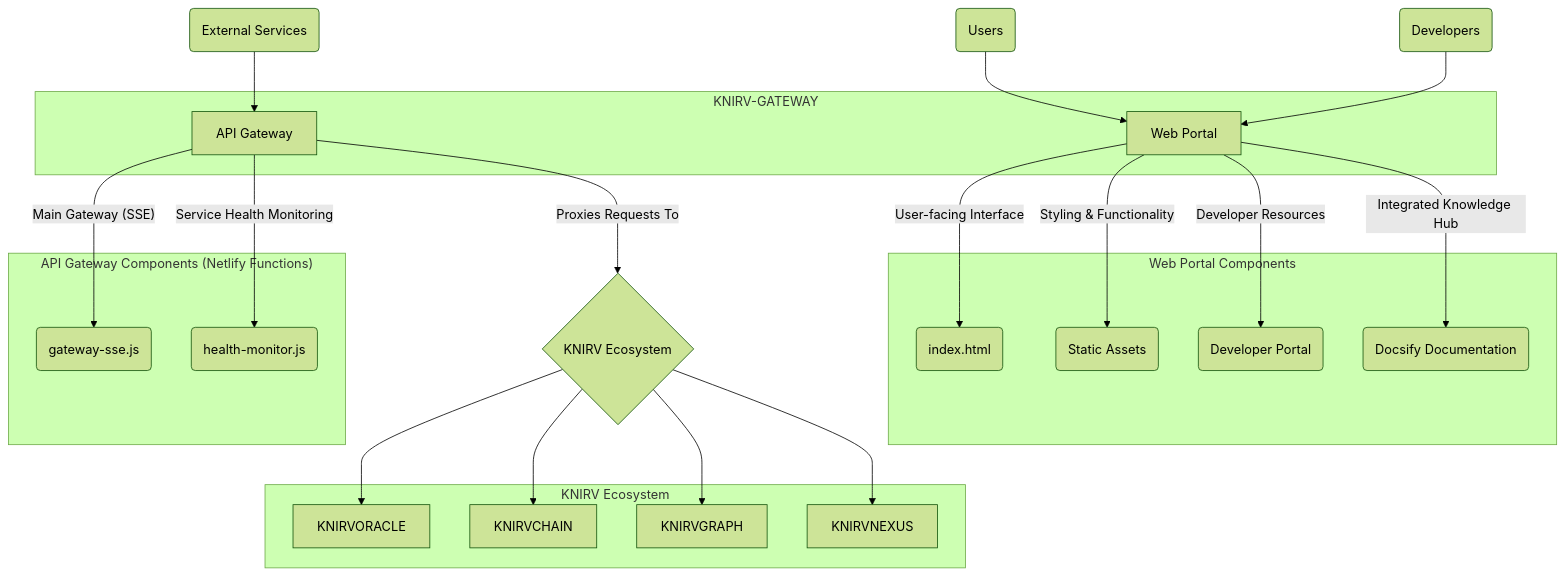
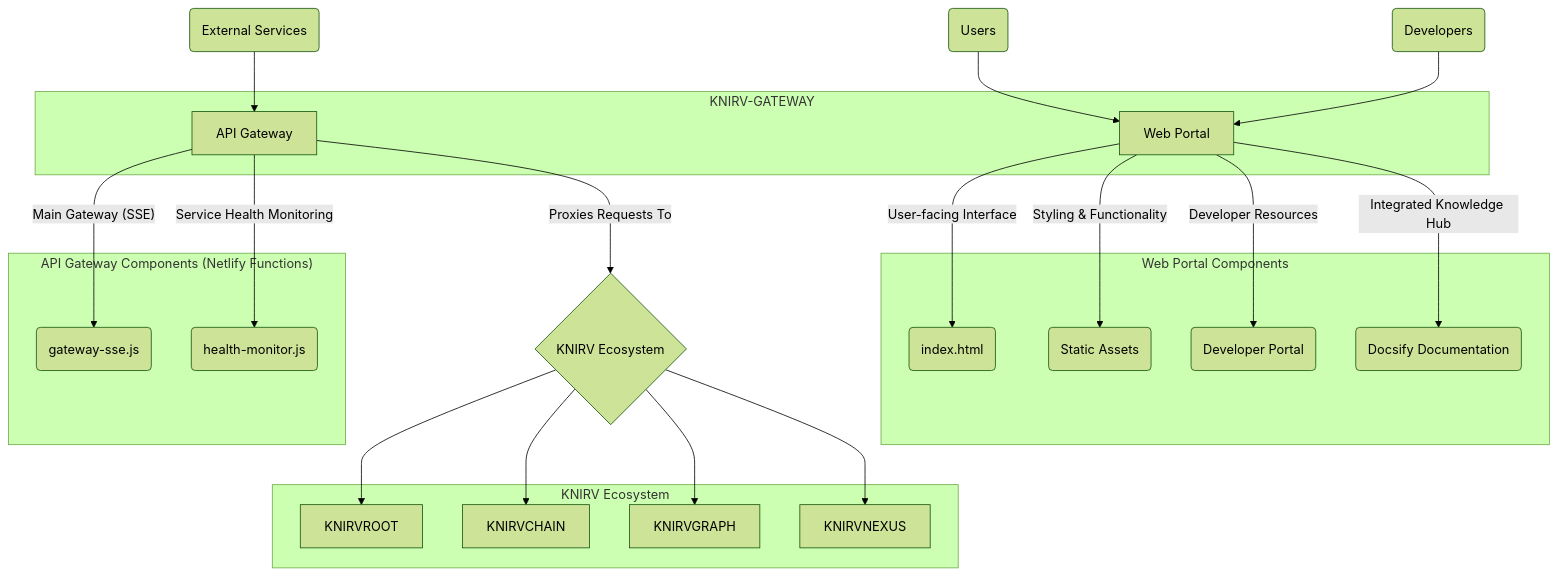
The diagram in KNIRVGATEWAY/documentation/docsify/whitepapers/KNIRV-GATEWAY_Whitepaper.md (guiperry/KNIRV_NETWORK), drawn with Mermaid (forest theme) before and after one commit. The commit also changed other lines of this file and 2337 other files, not shown here.

````diff
--- a/KNIRVGATEWAY/documentation/docsify/whitepapers/KNIRV-GATEWAY_Whitepaper.md
+++ b/KNIRVGATEWAY/documentation/docsify/whitepapers/KNIRV-GATEWAY_Whitepaper.md
@@ -23,45 +23,45 @@
 ```mermaid
 graph TD
     subgraph KNIRV-GATEWAY
         A[Web Portal]
         B[API Gateway]
     end
 
     subgraph "Web Portal Components"
         A1(index.html)
         A2(Static Assets)
         A3(Developer Portal)
         A4(Docsify Documentation)
     end
 
     subgraph "API Gateway Components (Netlify Functions)"
         B1(gateway-sse.js)
         B2(health-monitor.js)
     end
 
     A -- "User-facing Interface" --> A1
     A -- "Styling & Functionality" --> A2
     A -- "Developer Resources" --> A3
     A -- "Integrated Knowledge Hub" --> A4
 
     B -- "Main Gateway (SSE)" --> B1
     B -- "Service Health Monitoring" --> B2
 
     C(Users) --> A
     D(Developers) --> A
     E(External Services) --> B
 
     B -- "Proxies Requests To" --> F{KNIRV Ecosystem}
 
     subgraph "KNIRV Ecosystem"
-        G[KNIRVORACLE]
+        G[KNIRVROOT]
         H[KNIRVCHAIN]
         I[KNIRVGRAPH]
         J[KNIRVNEXUS]
     end
 
     F --> G
     F --> H
     F --> I
     F --> J
 ```
````
